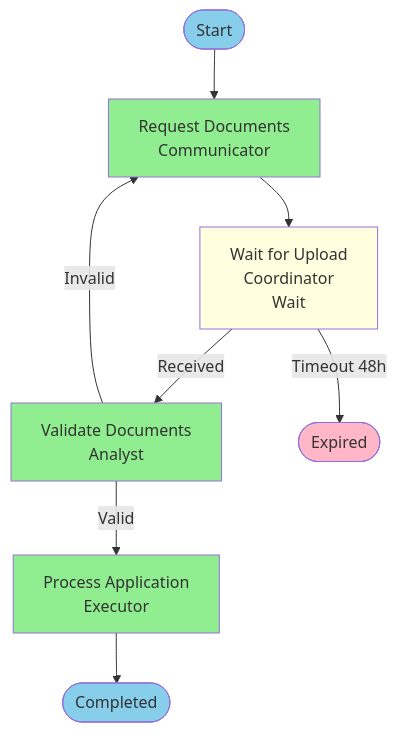
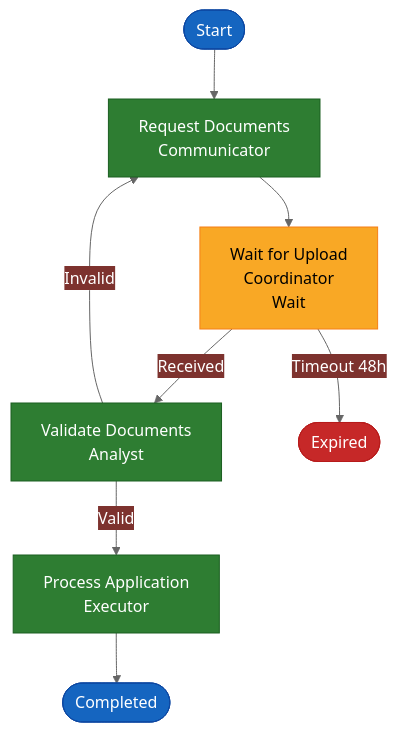
The sixth of 11 diagrams in docs/reference/visual-patterns.md (gcowin/approachable-workflows), drawn with Mermaid before and after one commit. The commit also changed other lines of this file and 1 other file, not shown here.

````diff
--- a/docs/reference/visual-patterns.md
+++ b/docs/reference/visual-patterns.md
@@ -239,18 +244,19 @@
 ```mermaid
+%%{init: {'theme':'base', 'themeVariables': {'primaryColor':'#2E7D32','primaryTextColor':'#fff','lineColor':'#666'}}}%%
 graph TD
     Start([Start]) --> A[Request Documents<br/>Communicator]
     A --> B[Wait for Upload<br/>Coordinator<br/>Wait]
     B -->|Received| C[Validate Documents<br/>Analyst]
     B -->|Timeout 48h| D([Expired])
     C -->|Valid| E[Process Application<br/>Executor]
     C -->|Invalid| A
     E --> F([Completed])
     
-    style Start fill:#87CEEB
-    style A fill:#90EE90
-    style B fill:#FFFFE0
-    style C fill:#90EE90
-    style D fill:#FFB6C6
-    style E fill:#90EE90
-    style F fill:#87CEEB
+    style Start fill:#1565C0,stroke:#0D47A1,color:#fff
+    style A fill:#2E7D32,stroke:#1B5E20,color:#fff
+    style B fill:#F9A825,stroke:#F57F17,color:#000
+    style C fill:#2E7D32,stroke:#1B5E20,color:#fff
+    style D fill:#C62828,stroke:#B71C1C,color:#fff
+    style E fill:#2E7D32,stroke:#1B5E20,color:#fff
+    style F fill:#1565C0,stroke:#0D47A1,color:#fff
 ```
````
